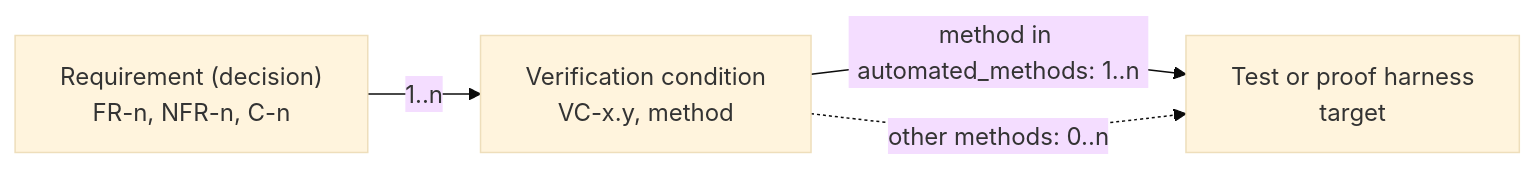
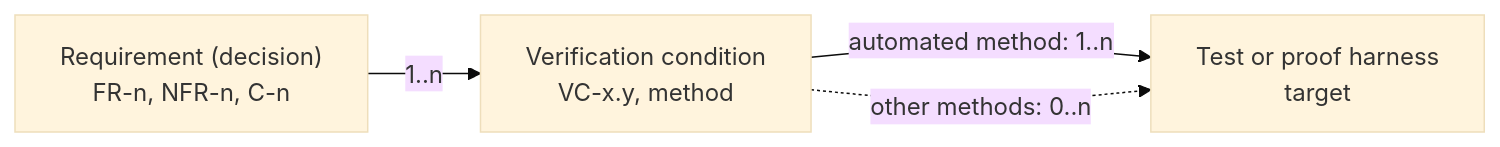
One commit to Dyse-Industries/control-rs changed the second of 2 diagrams in documentation/vv/requirement-traceability-design.md. Above: the diagram before and after it, drawn with Mermaid (base theme). The commit also changed other lines of this file and 9 other files, not shown here.

````diff
--- a/documentation/vv/requirement-traceability-design.md
+++ b/documentation/vv/requirement-traceability-design.md
@@ -277,6 +277,6 @@
 ```mermaid
 flowchart LR
     R["Requirement (decision)<br/>FR-n, NFR-n, C-n"] -->|" 1..n "| V["Verification condition<br/>VC-x.y, method"]
-    V -->|" method in automated_methods: 1..n "| T["Test or proof harness<br/>target"]
+    V -->|" automated method: 1..n "| T["Test or proof harness<br/>target"]
     V -.->|" other methods: 0..n "| T
 ```
````
